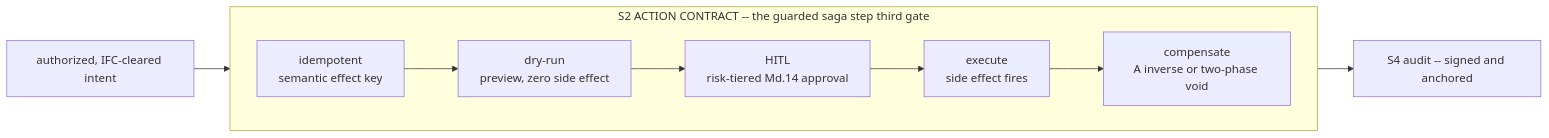
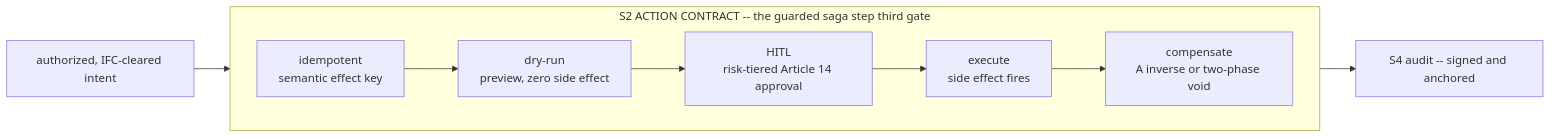
One commit to HodeTech/provna changed the first of 2 diagrams in docs/architecture/pillar-2-transactional-compensation.md. Above: the diagram before and after it, drawn with Mermaid. The commit also changed other lines of this file and 34 other files, not shown here.

````diff
--- a/docs/architecture/pillar-2-transactional-compensation.md
+++ b/docs/architecture/pillar-2-transactional-compensation.md
@@ -15,12 +15,12 @@
 ```mermaid
 flowchart LR
     subgraph S2["S2 ACTION CONTRACT -- the guarded saga step third gate"]
         direction LR
-        ID["idempotent\nsemantic effect key"] --> DRY["dry-run\npreview, zero side effect"]
-        DRY --> HITL["HITL\nrisk-tiered Md.14 approval"]
-        HITL --> EXEC["execute\nside effect fires"]
-        EXEC --> COMP["compensate\nA inverse or two-phase void"]
+        ID["idempotent<br/>semantic effect key"] --> DRY["dry-run<br/>preview, zero side effect"]
+        DRY --> HITL["HITL<br/>risk-tiered Article 14 approval"]
+        HITL --> EXEC["execute<br/>side effect fires"]
+        EXEC --> COMP["compensate<br/>A inverse or two-phase void"]
     end
     IN["authorized, IFC-cleared intent"] --> ID
     COMP --> AUD["S4 audit -- signed and anchored"]
 ```
````
